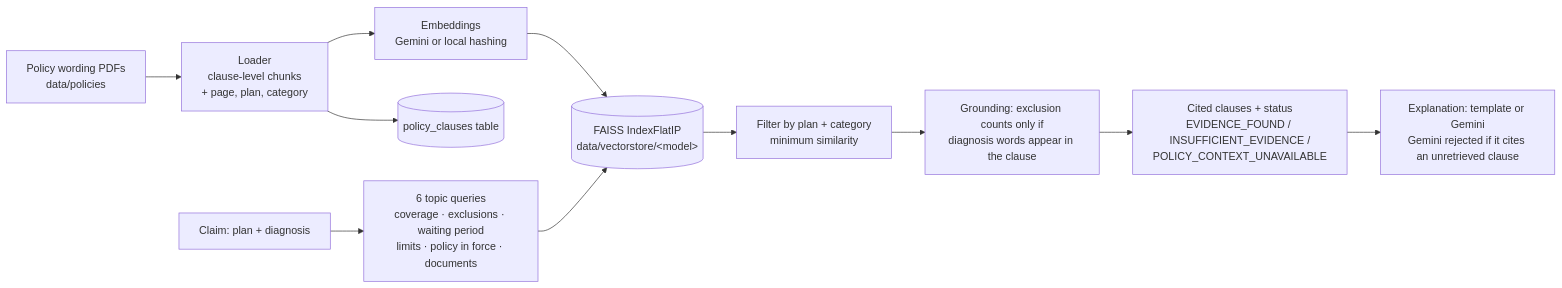
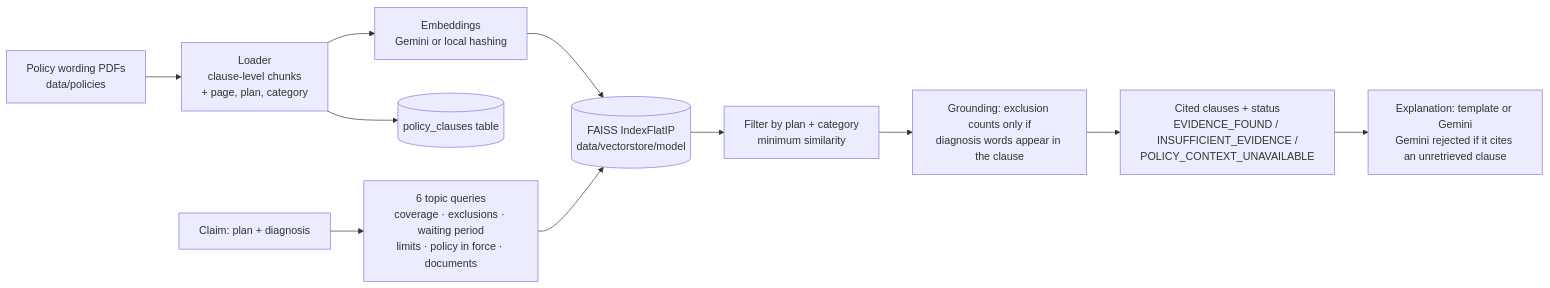
One commit to danish-git-hub/InsureFlow-AI changed the third of 3 diagrams in README.md. Above: the diagram before and after it, drawn with Mermaid. The commit also changed other lines of this file, not shown here.

````diff
--- a/README.md
+++ b/README.md
@@ -177,12 +314,14 @@
 ```mermaid
 flowchart LR
     PDF[Policy wording PDFs<br/>data/policies] --> L[Loader<br/>clause-level chunks<br/>+ page, plan, category]
     L --> EMB[Embeddings<br/>Gemini or local hashing]
-    EMB --> IDX[(FAISS IndexFlatIP<br/>data/vectorstore/&lt;model&gt;)]
+    EMB --> IDX[(FAISS IndexFlatIP<br/>data/vectorstore/model)]
     L --> DBC[(policy_clauses table)]
+
     Q[Claim: plan + diagnosis] --> TQ[6 topic queries<br/>coverage · exclusions · waiting period<br/>limits · policy in force · documents]
-    TQ --> IDX --> F[Filter by plan + category<br/>minimum similarity]
+    TQ --> IDX
+    IDX --> F[Filter by plan + category<br/>minimum similarity]
     F --> G[Grounding: exclusion counts only if<br/>diagnosis words appear in the clause]
     G --> OUT[Cited clauses + status<br/>EVIDENCE_FOUND / INSUFFICIENT_EVIDENCE /<br/>POLICY_CONTEXT_UNAVAILABLE]
     OUT --> EXP[Explanation: template or Gemini<br/>Gemini rejected if it cites an unretrieved clause]
 ```
````
